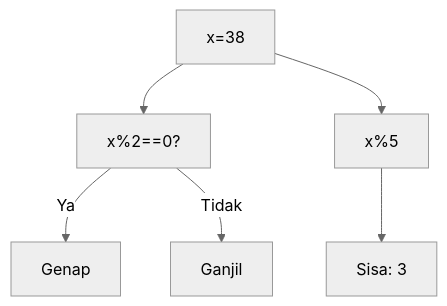
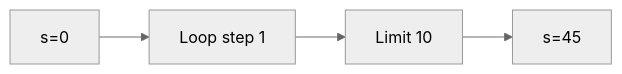
Diagram 14 of 25 in part-c-pemahaman-cpp/03-perulangan/latihan/set-03.md (amnahwaida/OSNK_INF_PREP), drawn with Mermaid (neutral theme) before and after one commit. The commit also changed other lines of this file and 71 other files, not shown here.

````diff
--- a/part-c-pemahaman-cpp/03-perulangan/latihan/set-03.md
+++ b/part-c-pemahaman-cpp/03-perulangan/latihan/set-03.md
@@ -472,8 +372,6 @@
 ```mermaid
-graph TD
-A["x=38"] --> B["x%2==0?"]
-B -- Ya --> C["Genap"]
-B -- Tidak --> D["Ganjil"]
-A --> E["x%5"]
-E --> F["Sisa: 3"]
+graph LR
+A["s=0"] --> B["Loop step 1"]
+B --> C["Limit 10"]
+C --> D["s=45"]
 ```
````
